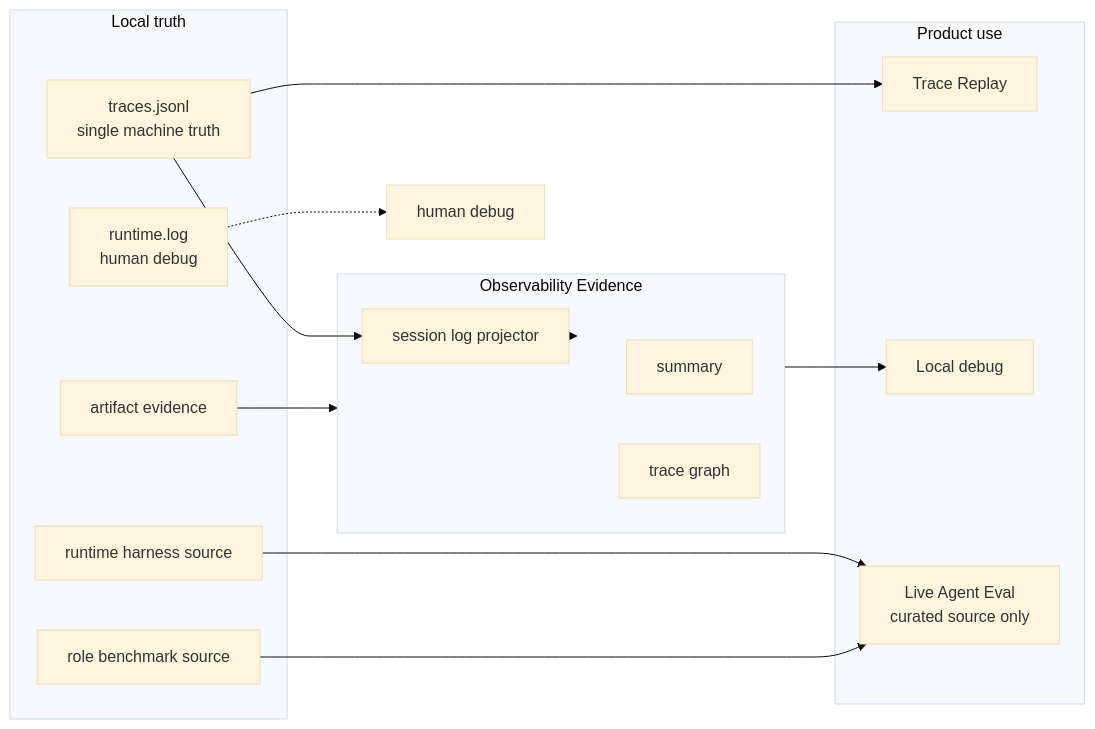
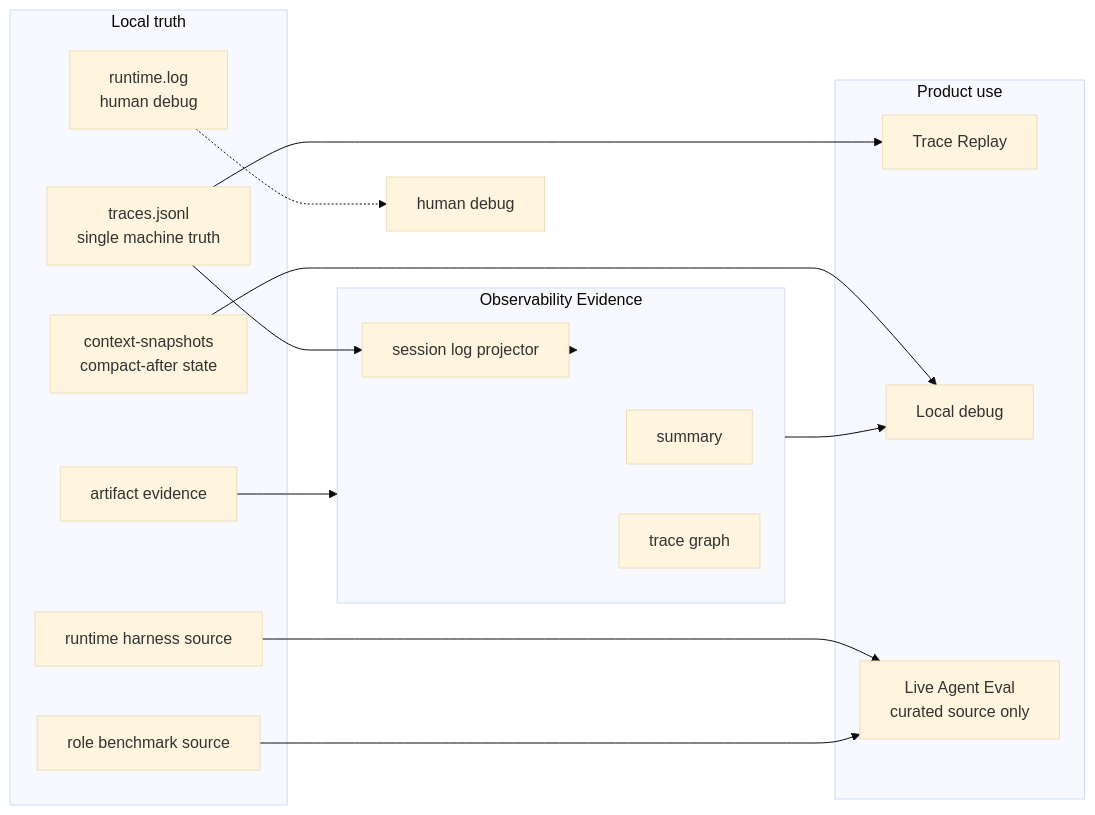
Before and after one commit to fightheyyy/XiaoBa-CLI: the second of 2 diagrams in docs/observability-evidence/SPEC.md, drawn with Mermaid (base theme). The commit also changed other lines of this file and 65 other files, not shown here.

````diff
--- a/docs/observability-evidence/SPEC.md
+++ b/docs/observability-evidence/SPEC.md
@@ -97,31 +100,33 @@
 ```mermaid
 flowchart LR
     subgraph LocalTruth["Local truth"]
         JSONL["traces.jsonl<br/>single machine truth"]
+        Snapshots["context-snapshots<br/>compact-after state"]
         RuntimeLog["runtime.log<br/>human debug"]
         Artifacts["artifact evidence"]
         RoleBench["role benchmark source"]
         RuntimeBench["runtime harness source"]
     end
 
     subgraph Obs["Observability Evidence"]
         Projector["session log projector"]
         Summary["summary"]
         TraceGraph["trace graph"]
     end
 
     subgraph ProductUse["Product use"]
         Replay["Trace Replay"]
         Debug["Local debug"]
         LiveEval["Live Agent Eval<br/>curated source only"]
     end
 
     JSONL --> Projector
+    Snapshots --> Debug
     RuntimeLog -.-> Maintainer["human debug"]
     Projector --> Obs
     Artifacts --> Obs
     JSONL --> Replay
     Obs --> Debug
     RuntimeBench --> LiveEval
     RoleBench --> LiveEval
 ```
````
